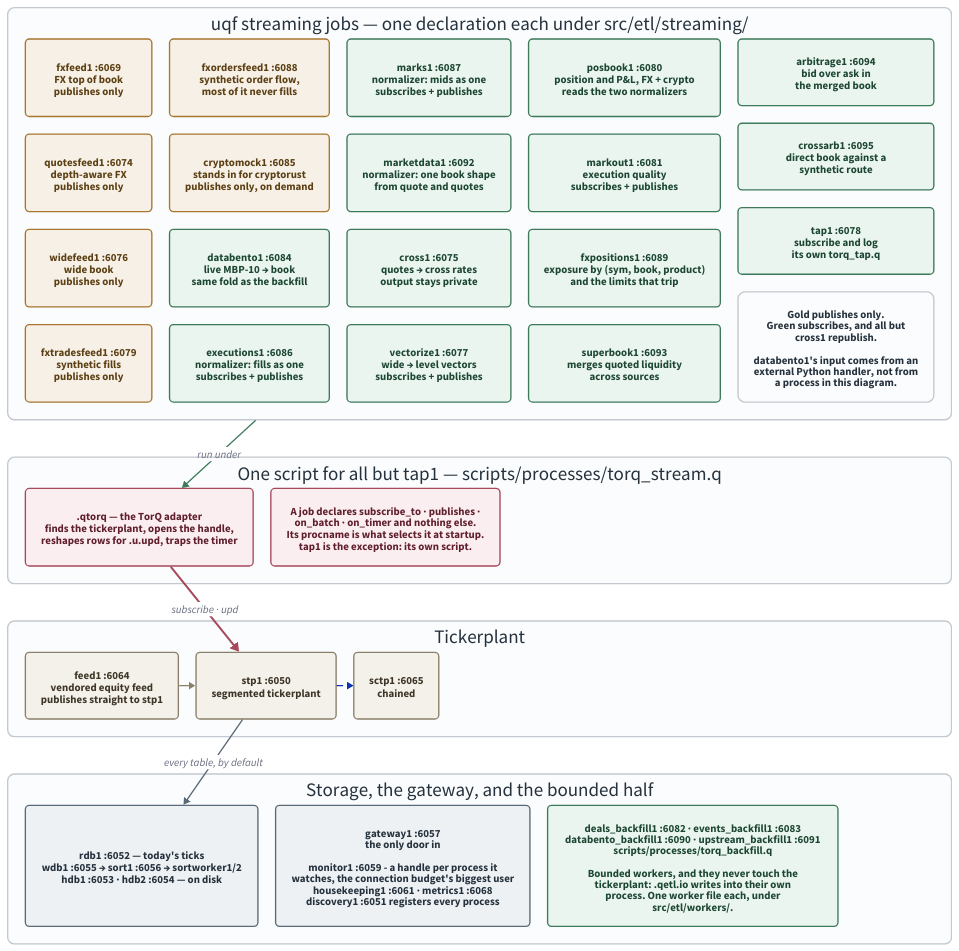
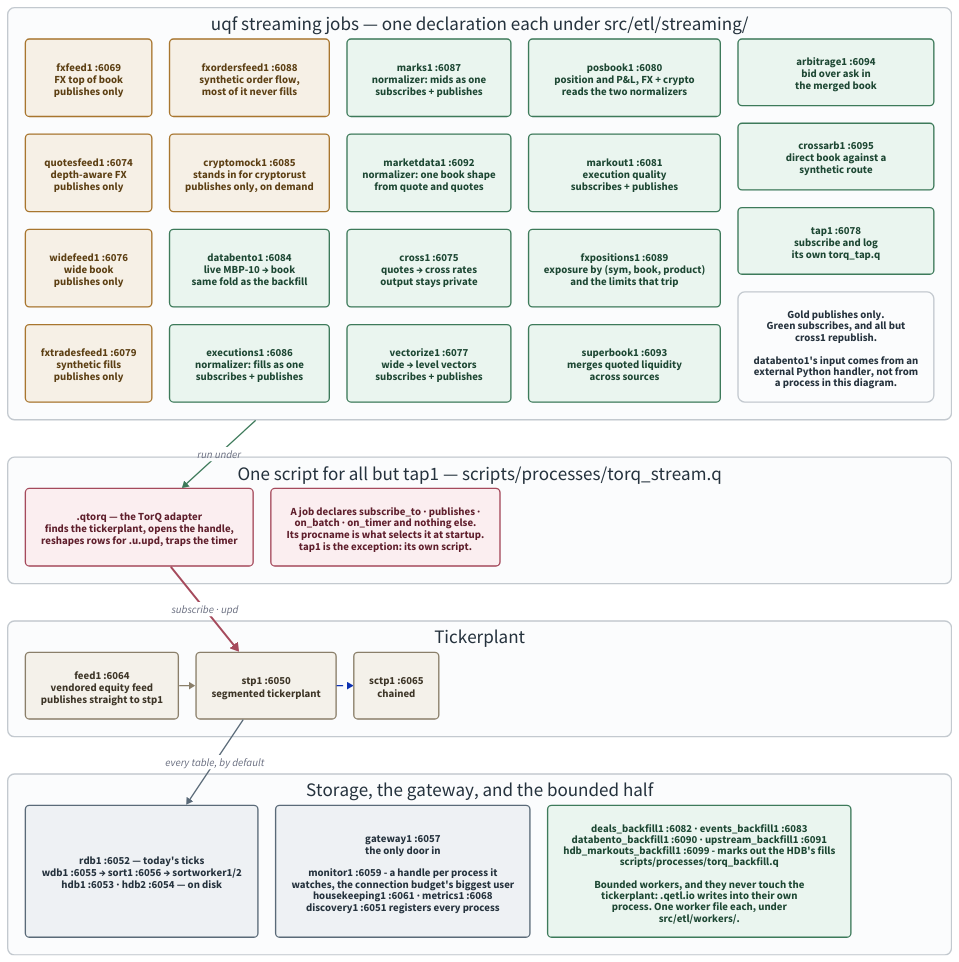
One commit to kwojdalski/uqf changed the diagram in docs/diagrams/stack-topology.d2. Above: the diagram before and after it, drawn with D2. The commit also changed 6 other files, not shown here.

First line of the commit message:
Document markouts: a service page and a diagram of the live and backfill paths

```diff
--- a/docs/diagrams/stack-topology.d2
+++ b/docs/diagrams/stack-topology.d2
@@ -1,166 +1,166 @@
 # stack-topology.d2 - who connects to whom over IPC in the running stack.
 #
 # Rendered by scripts/generate/render_diagrams.py, which CI runs with
 # --check. Embedded from docs/architecture/stack.md.
 #
 # Ports are the defaults at base 6050; every one is {KDBBASEPORT}+offset, so
 # a different base shifts them all together. The authority for the offsets
 # is docs/reference/processes.md, which is GENERATED from the
 # pipeline registry - if this diagram and that table disagree, the table is
 # right.
 #
 # WHAT THIS SHOWS THAT THE MERMAID VERSION DID NOT (#245).
 #
 # Every uqf streaming process but tap1 runs the SAME script. Since #204 a
 # streaming job is a declaration under src/etl/streaming/ and
 # processes/torq_stream.q is the one runner; which job a process runs is
 # decided by its procname at startup. The old diagram drew a script per
 # process, which is what the stack looked like before .qetl.job.stream and is the
 # single most misleading thing about it.
 #
 # The two connection patterns are still real and still different - publish
 # only, versus an access-listed subscribe - but a job performs neither
 # itself now. .qtorq does both on its behalf, which is why the adapter is
 # drawn between the processes and the tickerplant rather than left out.
 #
 # Backfills are on here too, and were not before. They are the other half
 # of the ETL tree and they reach the tickerplant NOT AT ALL: a bounded
 # worker writes through .qetl.io into its own process, so its rows never
 # traverse stp1. Drawing them beside the streaming jobs is the point - the
 # two halves look alike in the code and take completely different paths to
 # storage.
 
 direction: down
 
 grid-rows: 4
 grid-gap: 55
 
 vars: {
   d2-config: {
     pad: 40
   }
 }
 
 # Same palette as repo-overview.d2, so the set reads as one system: light
 # fills with dark text in both themes rather than a --dark-theme pairing,
 # which d2 still applies explicit styles over (d2lang/d2#831).
 classes: {
   feed: {
     style: {
       fill: "#f6f0e6"
       stroke: "#a8762f"
       font-color: "#5c3f13"
       border-radius: 6
     }
   }
   job: {
     style: {
       fill: "#eaf5ef"
       stroke: "#3d7a5a"
       font-color: "#1d4733"
       border-radius: 6
     }
   }
   adapter: {
     style: {
       fill: "#fbeef0"
       stroke: "#a54a5c"
       font-color: "#5f1f2c"
       border-radius: 6
     }
   }
   store: {
     style: {
       fill: "#eef1f4"
       stroke: "#5a6a78"
       font-color: "#25323d"
       border-radius: 6
     }
   }
   vendored: {
     style: {
       fill: "#f4f1ea"
       stroke: "#8a7f6a"
       font-color: "#3d3527"
       border-radius: 6
     }
   }
   band: {
     style: {
       fill: "#fbfcfd"
       stroke: "#c3c9cf"
       font-color: "#25323d"
       stroke-width: 2
       border-radius: 10
     }
   }
 }
 
 jobs: "uqf streaming jobs — one declaration each under src/etl/streaming/" {
   class: band
   grid-columns: 5
   grid-gap: 26
 
   fxfeed1: "fxfeed1 :6069\nFX top of book\npublishes only" { class: feed }
   quotesfeed1: "quotesfeed1 :6074\ndepth-aware FX\npublishes only" { class: feed }
   widefeed1: "widefeed1 :6076\nwide book\npublishes only" { class: feed }
   fxtradesfeed1: "fxtradesfeed1 :6079\nsynthetic fills\npublishes only" { class: feed }
   fxordersfeed1: "fxordersfeed1 :6088\nsynthetic order flow,\nmost of it never fills" { class: feed }
 
   cryptomock1: "cryptomock1 :6085\nstands in for cryptorust\npublishes only, on demand" { class: feed }
   databento1: "databento1 :6084\nlive MBP-10 → book\nsame fold as the backfill" { class: job }
   executions1: "executions1 :6086\nnormalizer: fills as one\nsubscribes + publishes" { class: job }
   marks1: "marks1 :6087\nnormalizer: mids as one\nsubscribes + publishes" { class: job }
   marketdata1: "marketdata1 :6092\nnormalizer: one book shape\nfrom quote and quotes" { class: job }
 
   cross1: "cross1 :6075\nquotes → cross rates\noutput stays private" { class: job }
   vectorize1: "vectorize1 :6077\nwide → level vectors\nsubscribes + publishes" { class: job }
   posbook1: "posbook1 :6080\nposition and P&L, FX + crypto\nreads the two normalizers" { class: job }
   markout1: "markout1 :6081\nexecution quality\nsubscribes + publishes" { class: job }
   fxpositions1: "fxpositions1 :6089\nexposure by (sym, book, product)\nand the limits that trip" { class: job }
 
   superbook1: "superbook1 :6093\nmerges quoted liquidity\nacross sources" { class: job }
   arbitrage1: "arbitrage1 :6094\nbid over ask in\nthe merged book" { class: job }
   crossarb1: "crossarb1 :6095\ndirect book against a\nsynthetic route" { class: job }
   tap1: "tap1 :6078\nsubscribe and log\nits own torq_tap.q" { class: job }
   legend: "Gold publishes only.\nGreen subscribes, and all but\ncross1 republish.\n\ndatabento1's input comes from an\nexternal Python handler, not from\na process in this diagram." { class: band }
 }
 
 runner: "One script for all but tap1 — scripts/processes/torq_stream.q" {
   class: band
   grid-columns: 2
   grid-gap: 26
 
   qtorq: ".qtorq — the TorQ adapter\nfinds the tickerplant, opens the handle,\nreshapes rows for .u.upd, traps the timer" { class: adapter }
   note: "A job declares subscribe_to · publishes ·\non_batch · on_timer and nothing else.\nIts procname is what selects it at startup.\ntap1 is the exception: its own script." { class: adapter }
 }
 
 tp: "Tickerplant" {
   class: band
   grid-columns: 3
   grid-gap: 26
 
   feed1: "feed1 :6064\nvendored equity feed\npublishes straight to stp1" { class: vendored }
   stp: "stp1 :6050\nsegmented tickerplant" { class: vendored }
   sctp: "sctp1 :6065\nchained" { class: vendored }
 
   feed1 -> stp { style.stroke: "#8a7f6a" }
   stp -> sctp { style.stroke-dash: 4 }
 }
 
 downstream: "Storage, the gateway, and the bounded half" {
   class: band
   grid-columns: 3
   grid-gap: 26
 
   storage: "rdb1 :6052 — today's ticks\nwdb1 :6055 → sort1 :6056 → sortworker1/2\nhdb1 :6053 · hdb2 :6054 — on disk" { class: store }
   gw: "gateway1 :6057\nthe only door in\n\nmonitor1 :6059 - a handle per process it\nwatches, the connection budget's biggest user\nhousekeeping1 :6061 · metrics1 :6068\ndiscovery1 :6051 registers every process" { class: store }
-  backfills: "deals_backfill1 :6082 · events_backfill1 :6083\ndatabento_backfill1 :6090 · upstream_backfill1 :6091\nscripts/processes/torq_backfill.q\n\nBounded workers, and they never touch the\ntickerplant: .qetl.io writes into their own\nprocess. One worker file each, under\nsrc/etl/workers/." { class: job }
+  backfills: "deals_backfill1 :6082 · events_backfill1 :6083\ndatabento_backfill1 :6090 · upstream_backfill1 :6091\nhdb_markouts_backfill1 :6099 - marks out the HDB's fills\nscripts/processes/torq_backfill.q\n\nBounded workers, and they never touch the\ntickerplant: .qetl.io writes into their own\nprocess. One worker file each, under\nsrc/etl/workers/." { class: job }
 }
 
 jobs -> runner.qtorq: "run under" { style.stroke: "#3d7a5a" }
 runner.qtorq -> tp.stp: "subscribe · upd" {
   style.stroke: "#a54a5c"
   style.stroke-width: 3
 }
 tp.stp -> downstream.storage: "every table, by default" { style.stroke: "#5a6a78" }
```
